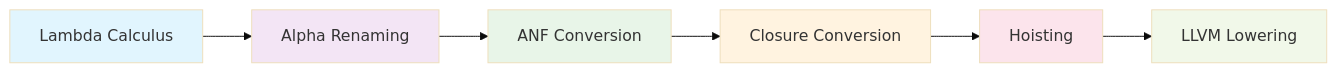
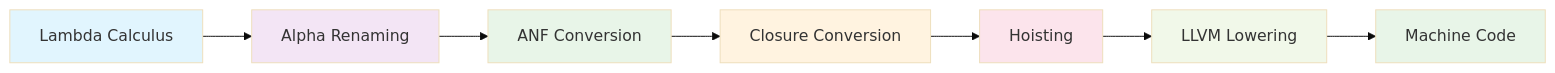
The diagram in LambdaCompile_Analysis.md (dowdiness/tapl-rescript), drawn with Mermaid (base theme) before and after one commit. The commit also changed other lines of this file, not shown here.

````diff
--- a/LambdaCompile_Analysis.md
+++ b/LambdaCompile_Analysis.md
@@ -29,15 +49,17 @@
 ```mermaid
 graph LR
     A[Lambda Calculus] --> B[Alpha Renaming]
     B --> C[ANF Conversion]
     C --> D[Closure Conversion]
     D --> E[Hoisting]
     E --> F[LLVM Lowering]
+    F --> G[Machine Code]
 
     style A fill:#e1f5fe
     style B fill:#f3e5f5
     style C fill:#e8f5e8
     style D fill:#fff3e0
     style E fill:#fce4ec
     style F fill:#f1f8e9
+    style G fill:#e8f5e8
 ```
````
